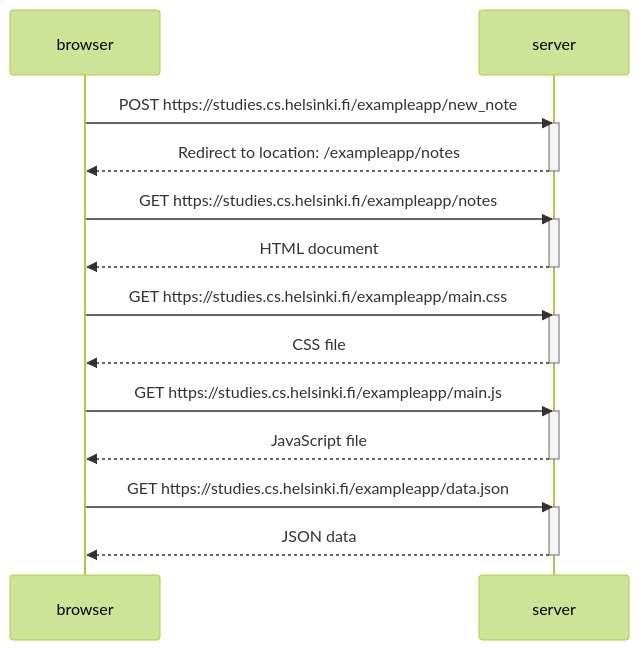
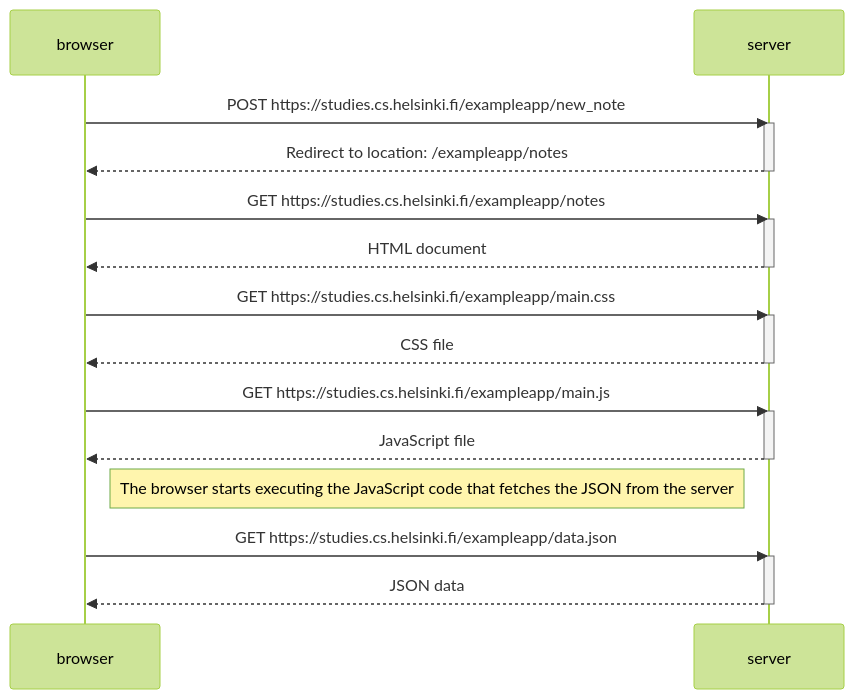
One commit to joonashkra/fullstackopen changed the diagram in osa0/notes.md. Above: the diagram before and after it, drawn with Mermaid (forest theme).

````diff
--- a/osa0/notes.md
+++ b/osa0/notes.md
@@ -1,30 +1,32 @@
 ```mermaid
 sequenceDiagram
     participant browser
     participant server
 
     browser->>server: POST https://studies.cs.helsinki.fi/exampleapp/new_note
     activate server
     server-->>browser: Redirect to location: /exampleapp/notes
     deactivate server
 
     browser->>server: GET https://studies.cs.helsinki.fi/exampleapp/notes
     activate server
     server-->>browser: HTML document
     deactivate server
 
     browser->>server: GET https://studies.cs.helsinki.fi/exampleapp/main.css
     activate server
     server-->>browser: CSS file
     deactivate server
     
     browser->>server: GET https://studies.cs.helsinki.fi/exampleapp/main.js
     activate server
     server-->>browser: JavaScript file
     deactivate server
 
+Note right of browser: The browser starts executing the JavaScript code that fetches the JSON from the server
+
     browser->>server: GET https://studies.cs.helsinki.fi/exampleapp/data.json
     activate server
     server-->>browser: JSON data
     deactivate server
 ```
````
